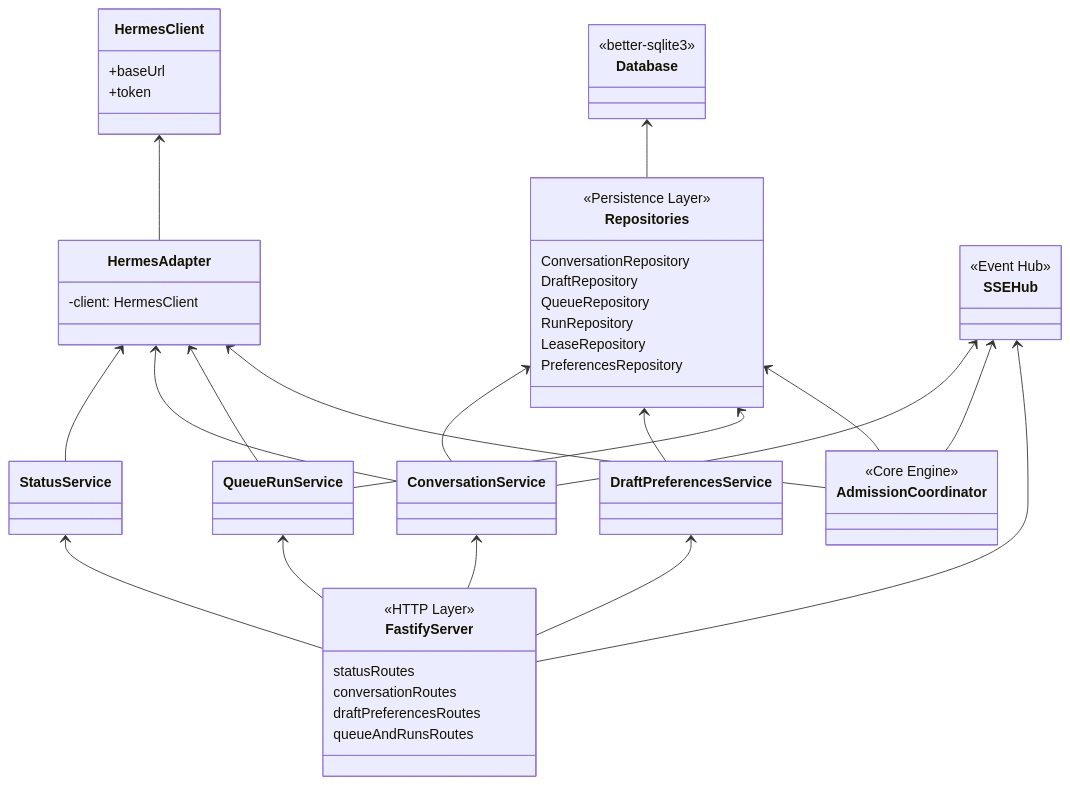
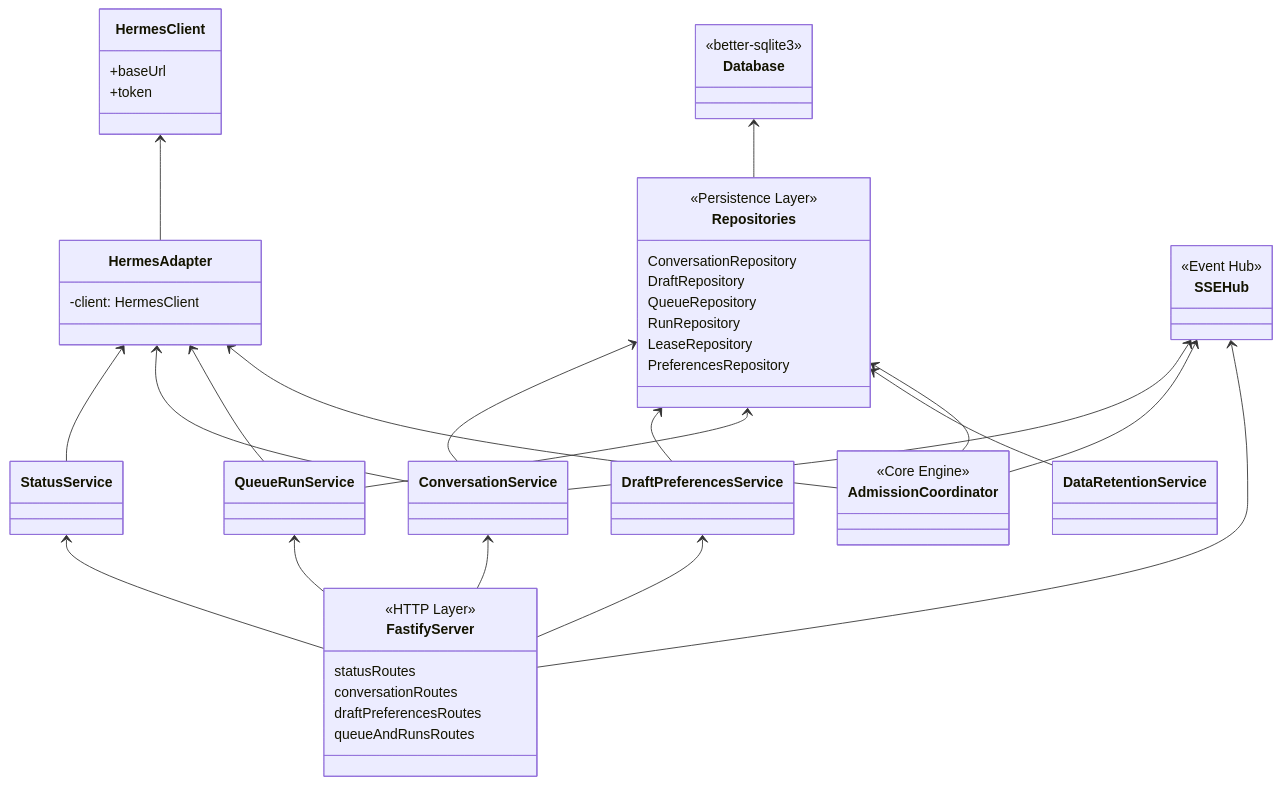
One commit to ermu03/emu-chat changed the second of 3 diagrams in docs/01-architecture.md. Above: the diagram before and after it, drawn with Mermaid. The commit also changed other lines of this file and 13 other files, not shown here.

````diff
--- a/docs/01-architecture.md
+++ b/docs/01-architecture.md
@@ -35,69 +35,71 @@
 ```mermaid
 classDiagram
     class Database {
         <<better-sqlite3>>
     }
 
     class HermesClient {
         +baseUrl
         +token
     }
     class HermesAdapter {
         -client: HermesClient
     }
 
     class Repositories {
         <<Persistence Layer>>
         ConversationRepository
         DraftRepository
         QueueRepository
         RunRepository
         LeaseRepository
         PreferencesRepository
     }
 
     class SSEHub {
         <<Event Hub>>
     }
     
     class AdmissionCoordinator {
         <<Core Engine>>
     }
 
     class StatusService
     class ConversationService
     class DraftPreferencesService
     class QueueRunService
+    class DataRetentionService
 
     class FastifyServer {
         <<HTTP Layer>>
         statusRoutes
         conversationRoutes
         draftPreferencesRoutes
         queueAndRunsRoutes
     }
 
     Database <-- Repositories
     HermesClient <-- HermesAdapter
     
     HermesAdapter <-- StatusService
     
     HermesAdapter <-- ConversationService
     Repositories <-- ConversationService
     SSEHub <-- ConversationService
     
     Repositories <-- DraftPreferencesService
     
     Repositories <-- QueueRunService
     HermesAdapter <-- QueueRunService
+    Repositories <-- DataRetentionService
     
     Repositories <-- AdmissionCoordinator
     HermesAdapter <-- AdmissionCoordinator
     SSEHub <-- AdmissionCoordinator
 
     StatusService <-- FastifyServer
     ConversationService <-- FastifyServer
     DraftPreferencesService <-- FastifyServer
     QueueRunService <-- FastifyServer
     SSEHub <-- FastifyServer
 ```
````
